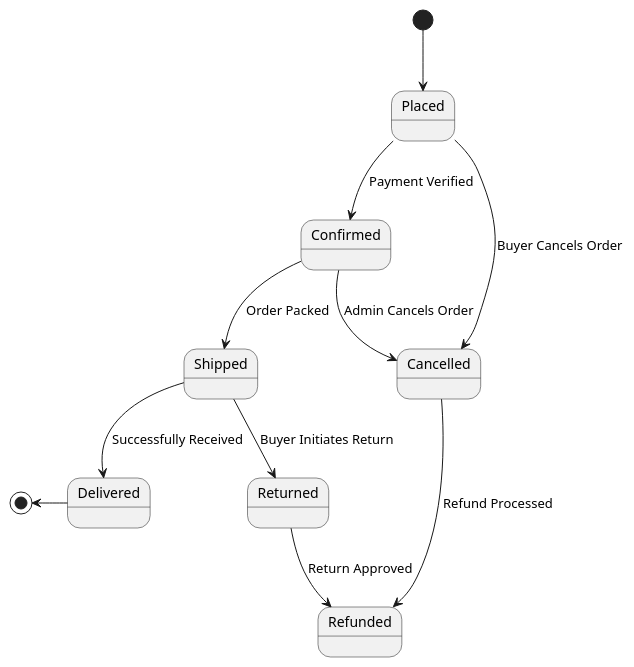
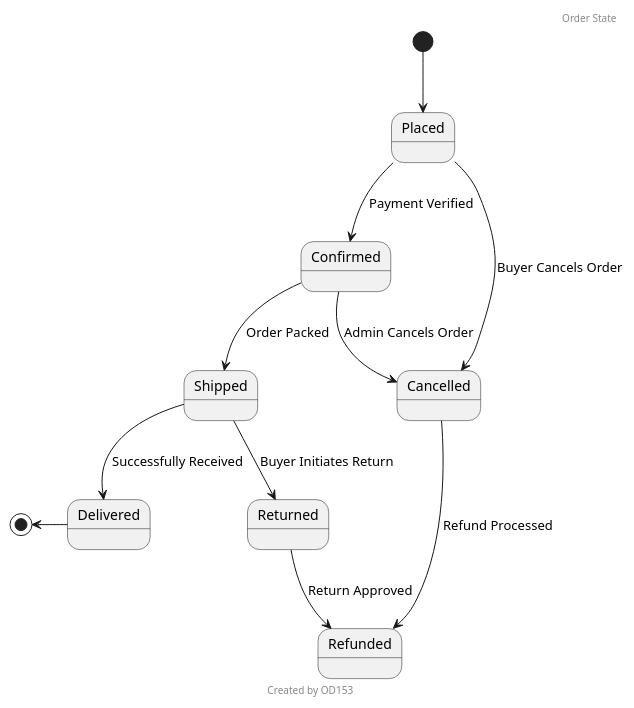
Before and after one commit to donassis/e-commerce: the diagram in uml/state/order-state.puml, drawn with PlantUML. The commit also changed 91 other files, not shown here.

Commit message:
updated diagrams with headers and footers

```diff
--- a/uml/state/order-state.puml
+++ b/uml/state/order-state.puml
@@ -1,12 +1,14 @@
 @startuml
+header Order State
+footer Created by OD153
 [*] --> Placed
 Placed --> Confirmed : Payment Verified
 Confirmed --> Shipped : Order Packed
 Shipped --> Delivered : Successfully Received
 Shipped --> Returned : Buyer Initiates Return
 Placed --> Cancelled : Buyer Cancels Order
 Confirmed --> Cancelled : Admin Cancels Order
 Cancelled --> Refunded : Refund Processed
 Returned --> Refunded : Return Approved
 [*] <-- Delivered
 @enduml
```
